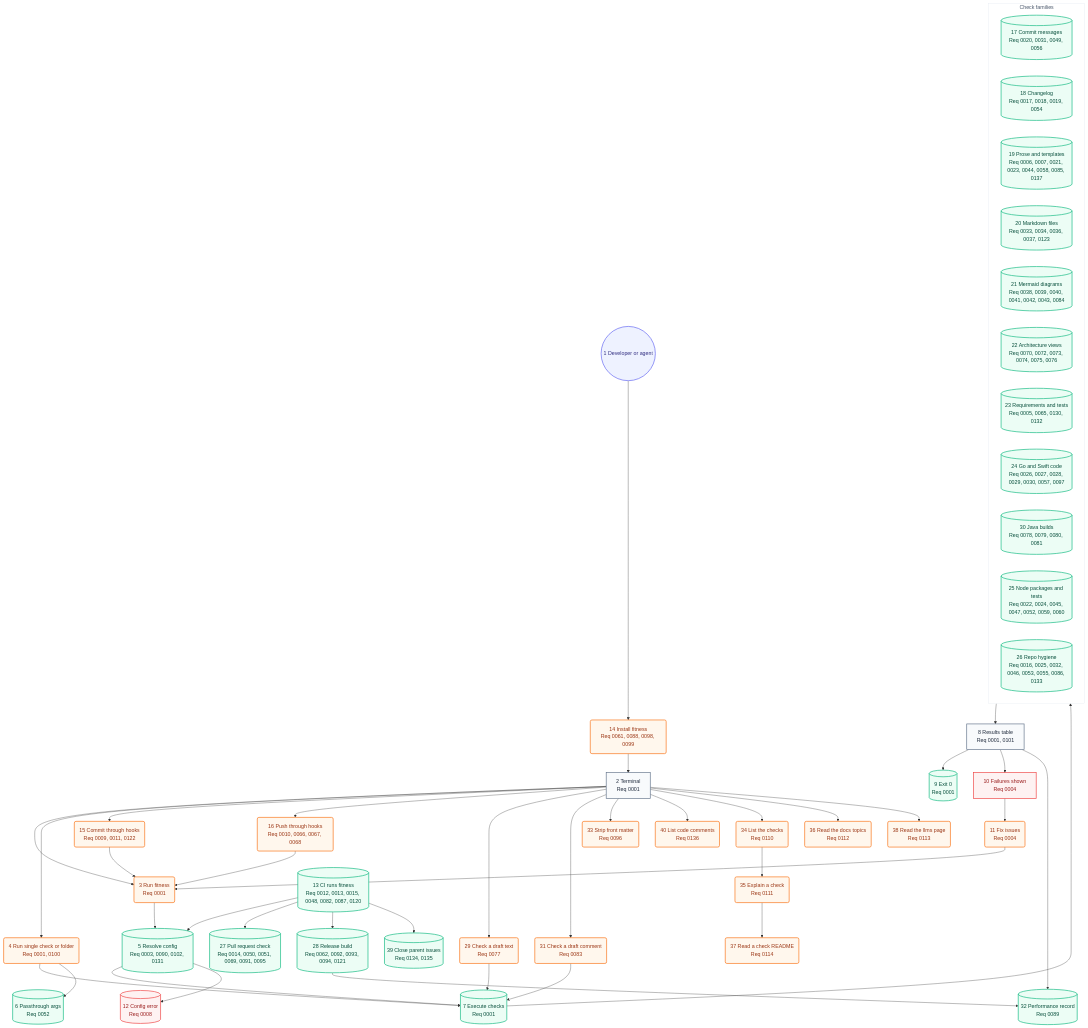
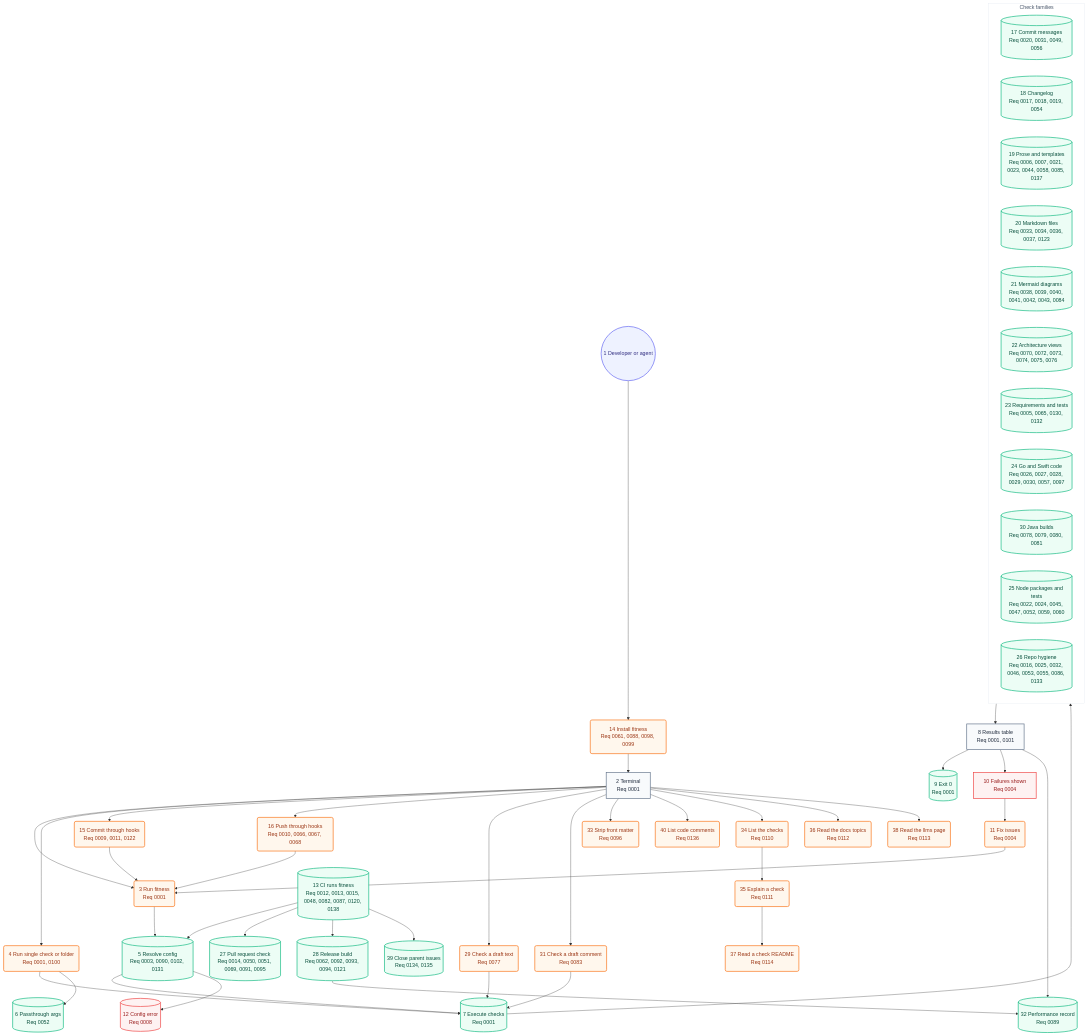
Before and after one commit to may-journal/fitness-runner: the second of 2 diagrams in docs/architecture/05-user-journey.md, drawn with Mermaid. The commit also changed other lines of this file and 12 other files, not shown here.

```diff
--- a/docs/architecture/05-user-journey.md
+++ b/docs/architecture/05-user-journey.md
@@ -73,7 +73,7 @@
     failuresShown[10 Failures shown<br/>Req 0004]:::blocked
     fixIssues(11 Fix issues<br/>Req 0004):::action
     configError[(12 Config error<br/>Req 0008)]:::blocked
-    ciRun[(13 CI runs fitness<br/>Req 0012, 0013, 0015, 0048, 0082, 0087, 0120)]:::system
+    ciRun[(13 CI runs fitness<br/>Req 0012, 0013, 0015, 0048, 0082, 0087, 0120, 0138)]:::system
     prCheck[(27 Pull request check<br/>Req 0014, 0050, 0051, 0069, 0091, 0095)]:::system
     release[(28 Release build<br/>Req 0062, 0092, 0093, 0094, 0121)]:::system
     perfRecord[(32 Performance record<br/>Req 0089)]:::system
```
